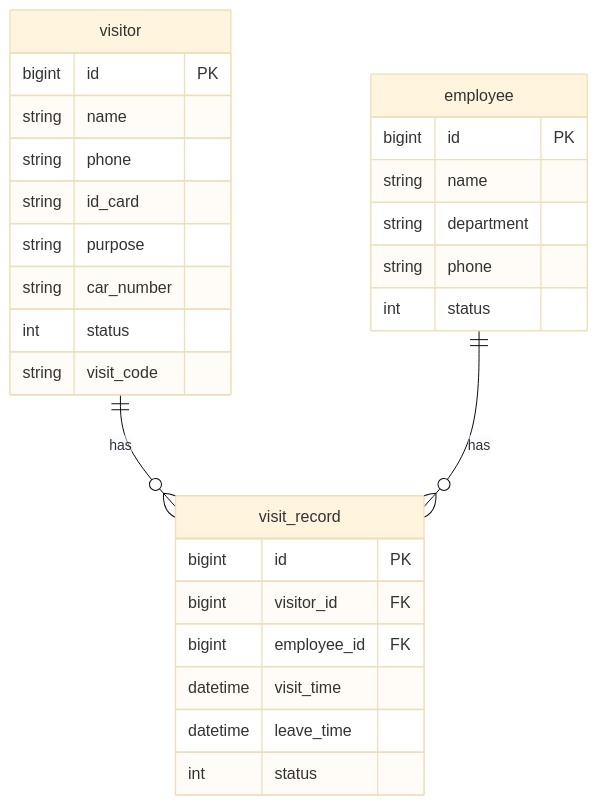
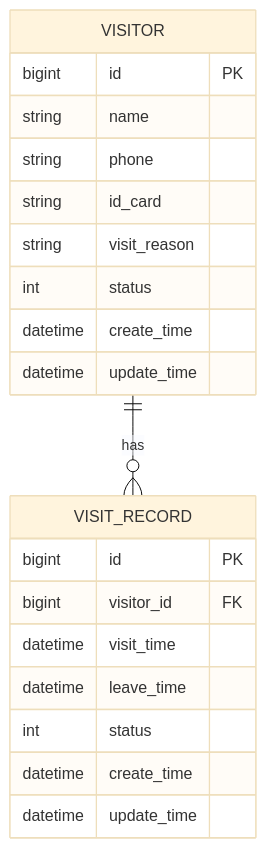
Before and after one commit to yuhaibao39/n8ndeploy: the first of 2 diagrams in devel/outlinedesign.md, drawn with Mermaid (base theme). The commit also changed other lines of this file, not shown here.

````diff
--- a/devel/outlinedesign.md
+++ b/devel/outlinedesign.md
@@ -52,33 +39,23 @@
 ```mermaid
 erDiagram
-    visitor ||--o{ visit_record : has
-    employee ||--o{ visit_record : has
-    
-    visitor {
+    VISITOR ||--o{ VISIT_RECORD : has
+    VISITOR {
         bigint id PK
         string name
         string phone
         string id_card
-        string purpose
-        string car_number
+        string visit_reason
         int status
-        string visit_code
+        datetime create_time
+        datetime update_time
     }
-    
-    employee {
-        bigint id PK
-        string name
-        string department
-        string phone
-        int status
-    }
-    
-    visit_record {
+    VISIT_RECORD {
         bigint id PK
         bigint visitor_id FK
-        bigint employee_id FK
         datetime visit_time
         datetime leave_time
         int status
+        datetime create_time
+        datetime update_time
     }
 ```
````
